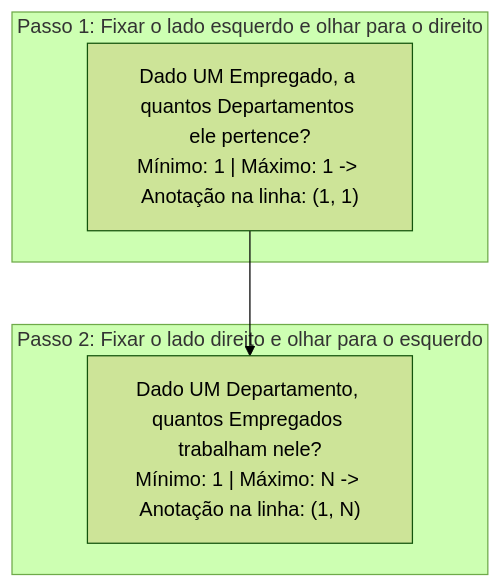
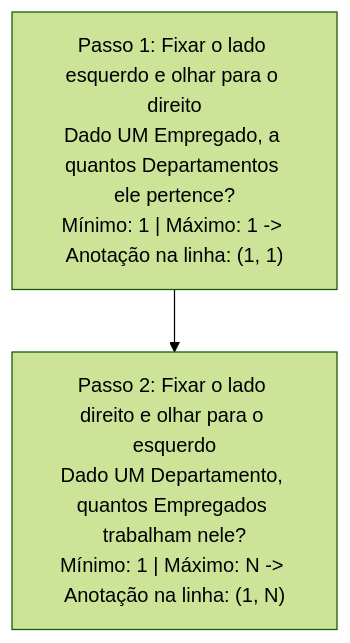
One commit to leorruas/puc changed the fifth of 13 diagrams in 02. Modelagem de Dados/06. Modelagem de relacionamentos, cardinalidade e restrições de participação.md. Above: the diagram before and after it, drawn with Mermaid (forest theme). The commit also changed other lines of this file, not shown here.

Commit message:
style(modelagem-dados): split grouped subgraphs into standalone vertical diagrams in article 06

````diff
--- a/02. Modelagem de Dados/06. Modelagem de relacionamentos, cardinalidade e restrições de participação.md
+++ b/02. Modelagem de Dados/06. Modelagem de relacionamentos, cardinalidade e restrições de participação.md
@@ -98,12 +101,7 @@
 ```mermaid
 flowchart TD
-    subgraph SubgraphPasso1["Passo 1: Fixar o lado esquerdo e olhar para o direito"]
-        P1["Dado UM Empregado, a quantos Departamentos ele pertence?<br>Mínimo: 1 | Máximo: 1 -> Anotação na linha: (1, 1)"]
-    end
-
-    subgraph SubgraphPasso2["Passo 2: Fixar o lado direito e olhar para o esquerdo"]
-        P2["Dado UM Departamento, quantos Empregados trabalham nele?<br>Mínimo: 1 | Máximo: N -> Anotação na linha: (1, N)"]
-    end
+    P1["Passo 1: Fixar o lado esquerdo e olhar para o direito<br>Dado UM Empregado, a quantos Departamentos ele pertence?<br>Mínimo: 1 | Máximo: 1 -> Anotação na linha: (1, 1)"]
+    P2["Passo 2: Fixar o lado direito e olhar para o esquerdo<br>Dado UM Departamento, quantos Empregados trabalham nele?<br>Mínimo: 1 | Máximo: N -> Anotação na linha: (1, N)"]
 
     P1 --> P2
 ```
````
